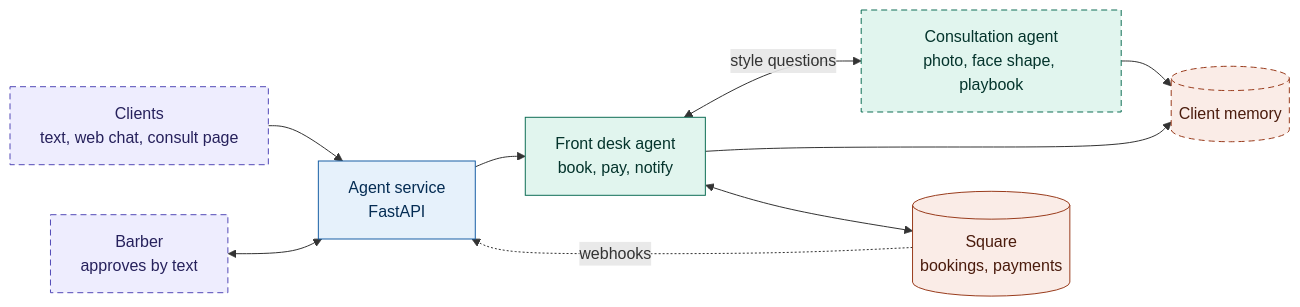
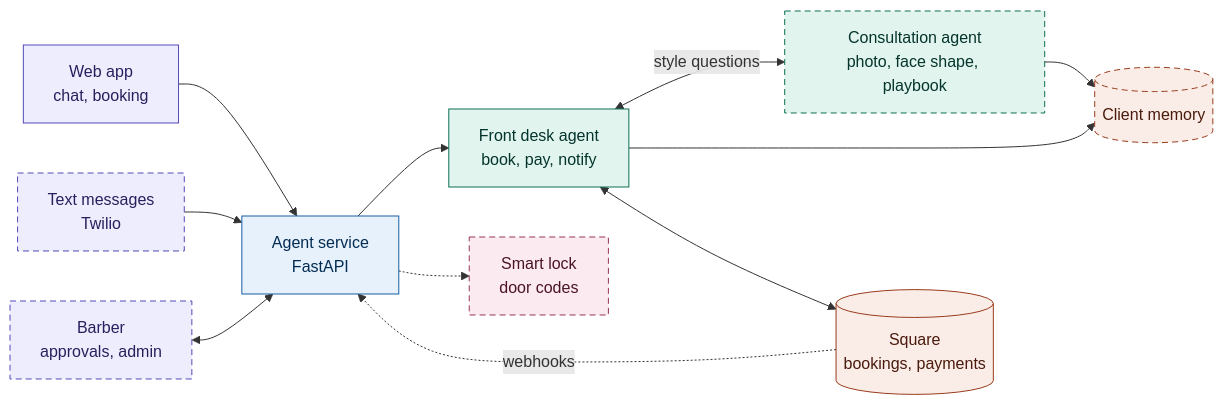
One commit to williamtnguyen/agentic-barbershop changed the diagram in README.md. Above: the diagram before and after it, drawn with Mermaid. The commit also changed other lines of this file and 5 other files, not shown here.

````diff
--- a/README.md
+++ b/README.md
@@ -11,28 +11,33 @@
 ```mermaid
 flowchart LR
-  clients["Clients<br/>text, web chat, consult page"]:::people
-  barber["Barber<br/>approves by text"]:::people
+  web["Web app<br/>chat, booking"]:::people
+  sms["Text messages<br/>Twilio"]:::people
+  barber["Barber<br/>approvals, admin"]:::people
 
   api["Agent service<br/>FastAPI"]:::service
   frontdesk["Front desk agent<br/>book, pay, notify"]:::agent
   consult["Consultation agent<br/>photo, face shape, playbook"]:::agent
   memory[("Client memory")]:::data
 
   square[("Square<br/>bookings, payments")]:::data
+  lock["Smart lock<br/>door codes"]:::device
 
-  clients --> api
+  web --> api
+  sms --> api
   barber <--> api
   api --> frontdesk
   frontdesk <-->|style questions| consult
   frontdesk --> memory
   consult --> memory
   frontdesk <--> square
   square -.->|webhooks| api
+  api -.-> lock
 
   classDef people fill:#EEEDFE,stroke:#534AB7,color:#26215C
   classDef service fill:#E6F1FB,stroke:#185FA5,color:#042C53
   classDef agent fill:#E1F5EE,stroke:#0F6E56,color:#04342C
   classDef data fill:#FAECE7,stroke:#993C1D,color:#4A1B0C
+  classDef device fill:#FBEAF0,stroke:#993556,color:#4B1528
   classDef planned stroke-dasharray:6 4
-  class clients,barber,consult,memory planned
+  class sms,barber,consult,memory,lock planned
 ```
````
